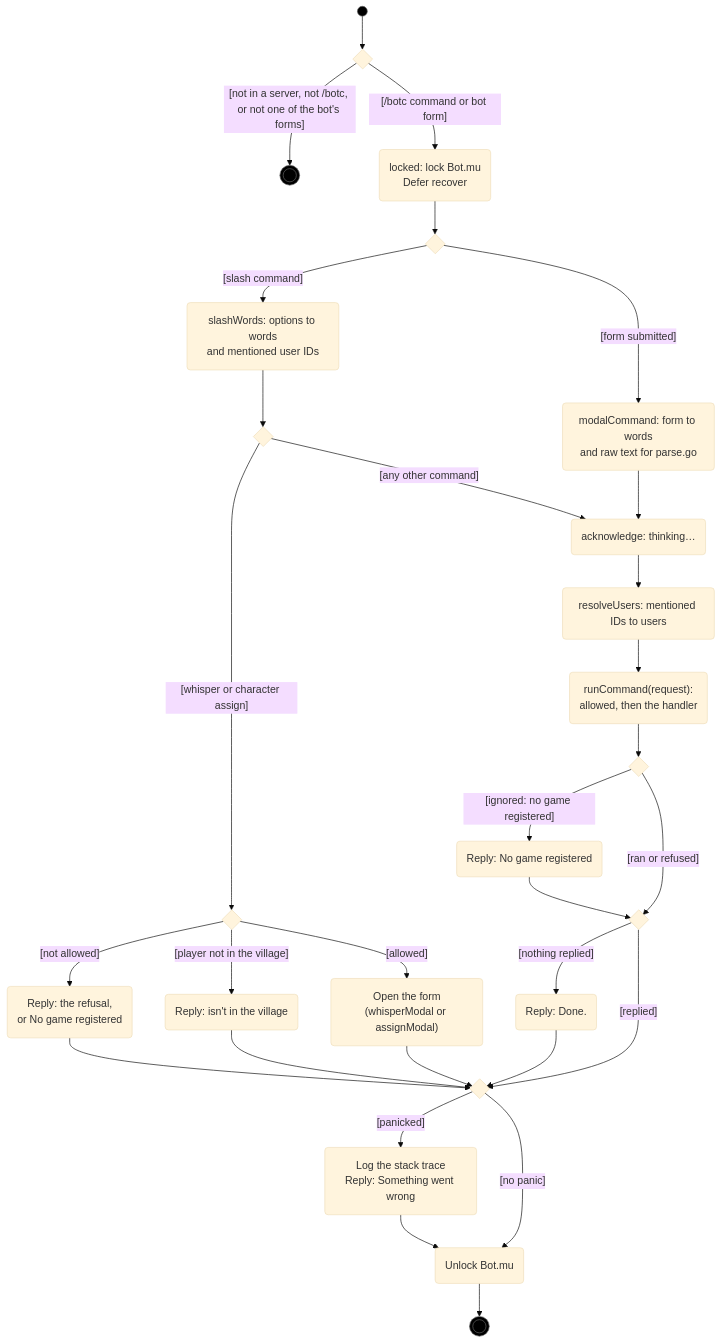
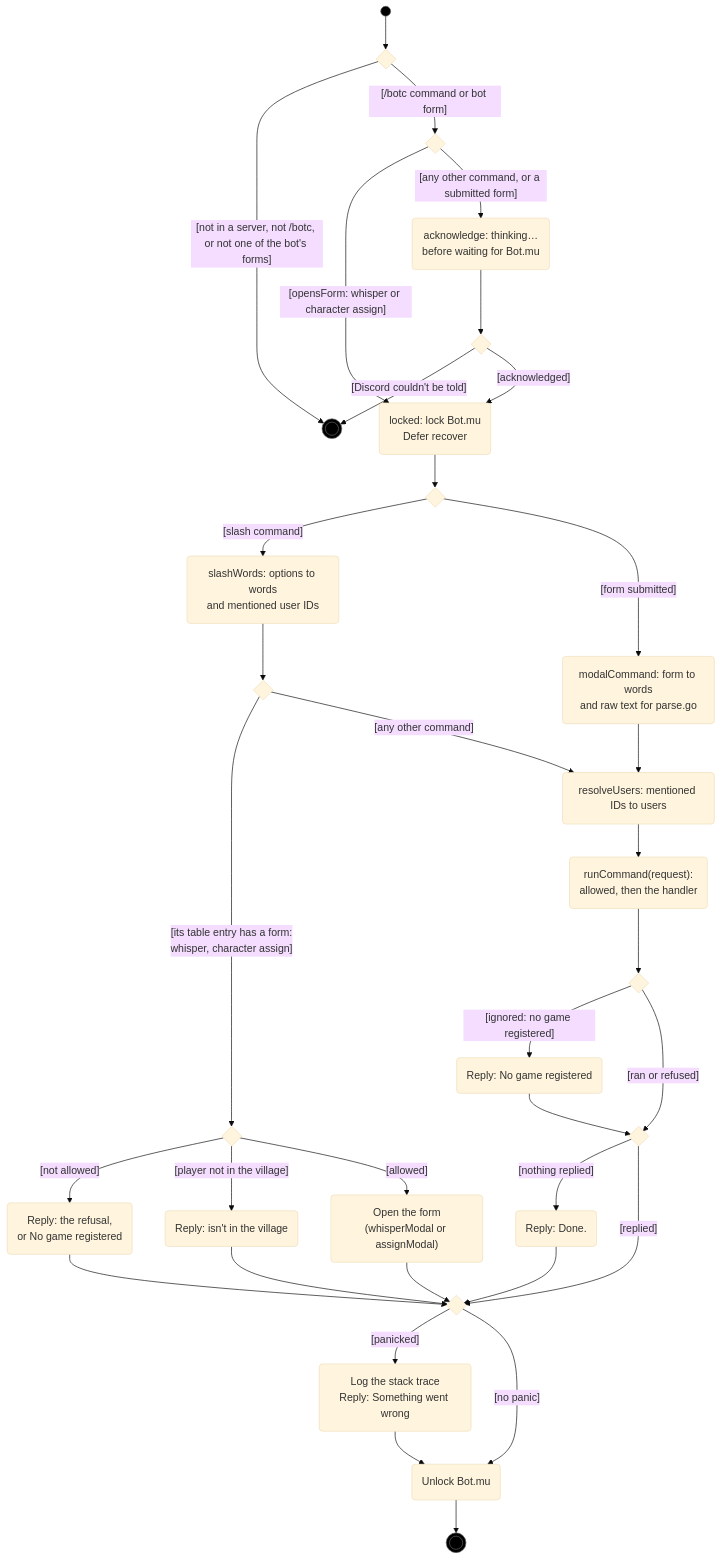
One commit to RAGNOARAKNOS/BotOnTheClocktower changed the third of 6 diagrams in docs/uml/command-dispatch.md. Above: the diagram before and after it, drawn with Mermaid (base theme). The commit also changed other lines of this file and 32 other files, not shown here.

````diff
--- a/docs/uml/command-dispatch.md
+++ b/docs/uml/command-dispatch.md
@@ -98,33 +93,37 @@
 ```mermaid
 flowchart TD
     start((" ")):::initial --> d1{" "}
     d1 -->|"[not in a server, not /botc, or not one of the bot's forms]"| ignored(((" "))):::final
-    d1 -->|"[/botc command or bot form]"| lock("locked: lock Bot.mu<br/>Defer recover")
+    d1 -->|"[/botc command or bot form]"| early{" "}
+    early -->|"[opensForm: whisper or character assign]"| lock("locked: lock Bot.mu<br/>Defer recover")
+    early -->|"[any other command, or a submitted form]"| ack("acknowledge: thinking…<br/>before waiting for Bot.mu")
+    ack --> dack{" "}
+    dack -->|"[Discord couldn't be told]"| ignored
+    dack -->|"[acknowledged]"| lock
     lock --> kind{" "}
     kind -->|"[slash command]"| words("slashWords: options to words<br/>and mentioned user IDs")
     words --> form{" "}
-    form -->|"[whisper or character assign]"| fok{" "}
+    form -->|"[its table entry has a form:<br/>whisper, character assign]"| fok{" "}
     fok -->|"[not allowed]"| frefuse("Reply: the refusal,<br/>or No game registered")
     fok -->|"[player not in the village]"| fnot("Reply: isn't in the village")
     fok -->|"[allowed]"| open("Open the form<br/>(whisperModal or assignModal)")
-    form -->|"[any other command]"| ack("acknowledge: thinking…")
+    form -->|"[any other command]"| resolve("resolveUsers: mentioned IDs to users")
     kind -->|"[form submitted]"| mc("modalCommand: form to words<br/>and raw text for parse.go")
-    mc --> ack
-    ack --> resolve("resolveUsers: mentioned IDs to users")
+    mc --> resolve
     resolve --> ext("runCommand(request):<br/>allowed, then the handler")
     ext --> d3{" "}
     d3 -->|"[ignored: no game registered]"| nogame("Reply: No game registered")
     d3 -->|"[ran or refused]"| d4{" "}
     nogame --> d4
     d4 -->|"[nothing replied]"| doneReply("Reply: Done.")
     d4 -->|"[replied]"| merged{" "}
     doneReply --> merged
     frefuse & fnot & open --> merged
     merged -->|"[panicked]"| rec("Log the stack trace<br/>Reply: Something went wrong")
     merged -->|"[no panic]"| unlock("Unlock Bot.mu")
     rec --> unlock
     unlock --> done(((" "))):::final
 
     classDef initial fill:#000,stroke:#666
     classDef final fill:#000,stroke:#666
 ```
````
